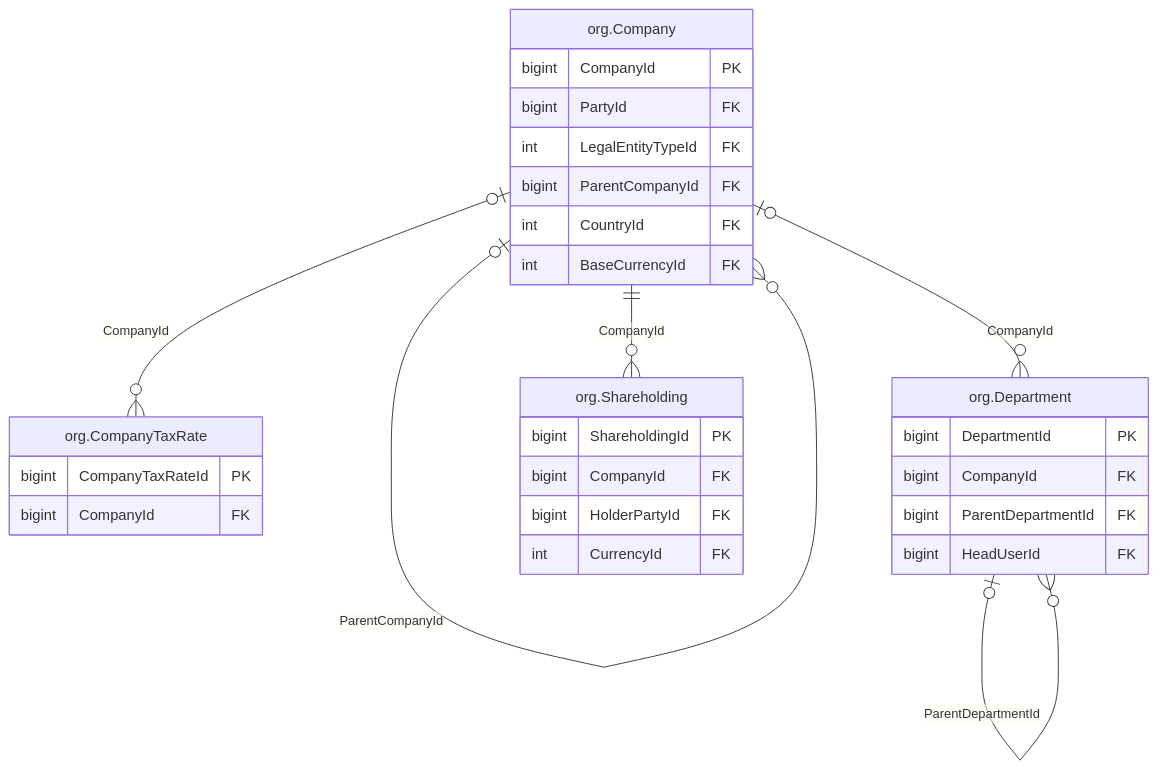
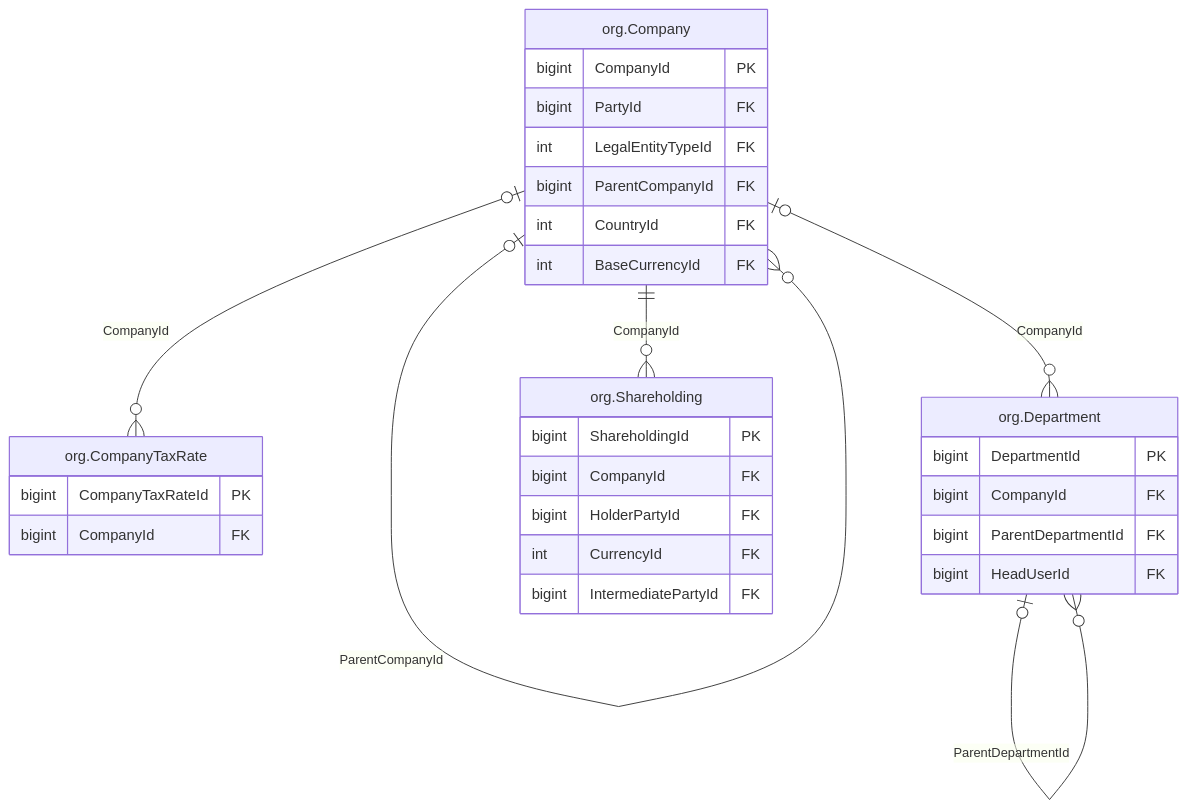
The diagram in treasury-platform/docs/diagrams/erd/m1_company_1.mmd (thawrasy/smartlines), drawn with Mermaid before and after one commit. The commit also changed 104 other files, not shown here.

First line of the commit message:
External review package; design document and relationship charts updated for the slice entry conditions

```diff
--- a/treasury-platform/docs/diagrams/erd/m1_company_1.mmd
+++ b/treasury-platform/docs/diagrams/erd/m1_company_1.mmd
@@ -1,31 +1,32 @@
 %% م1 · الشركات والحوكمة (1/2) — Company structure & governance
 erDiagram
   org_Company["org.Company"] {
     bigint CompanyId PK
     bigint PartyId FK
     int LegalEntityTypeId FK
     bigint ParentCompanyId FK
     int CountryId FK
     int BaseCurrencyId FK
   }
   org_CompanyTaxRate["org.CompanyTaxRate"] {
     bigint CompanyTaxRateId PK
     bigint CompanyId FK
   }
   org_Department["org.Department"] {
     bigint DepartmentId PK
     bigint CompanyId FK
     bigint ParentDepartmentId FK
     bigint HeadUserId FK
   }
   org_Shareholding["org.Shareholding"] {
     bigint ShareholdingId PK
     bigint CompanyId FK
     bigint HolderPartyId FK
     int CurrencyId FK
+    bigint IntermediatePartyId FK
   }
   org_Company |o--o{ org_Company : "ParentCompanyId"
   org_Company |o--o{ org_CompanyTaxRate : "CompanyId"
   org_Company |o--o{ org_Department : "CompanyId"
   org_Company ||--o{ org_Shareholding : "CompanyId"
   org_Department |o--o{ org_Department : "ParentDepartmentId"
```
